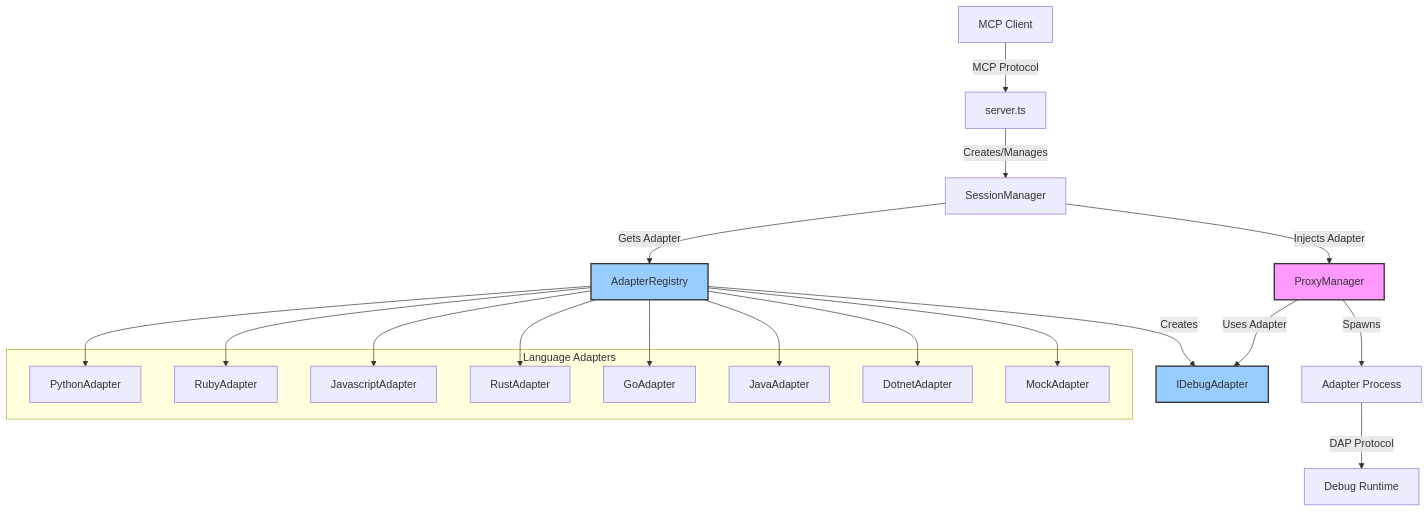
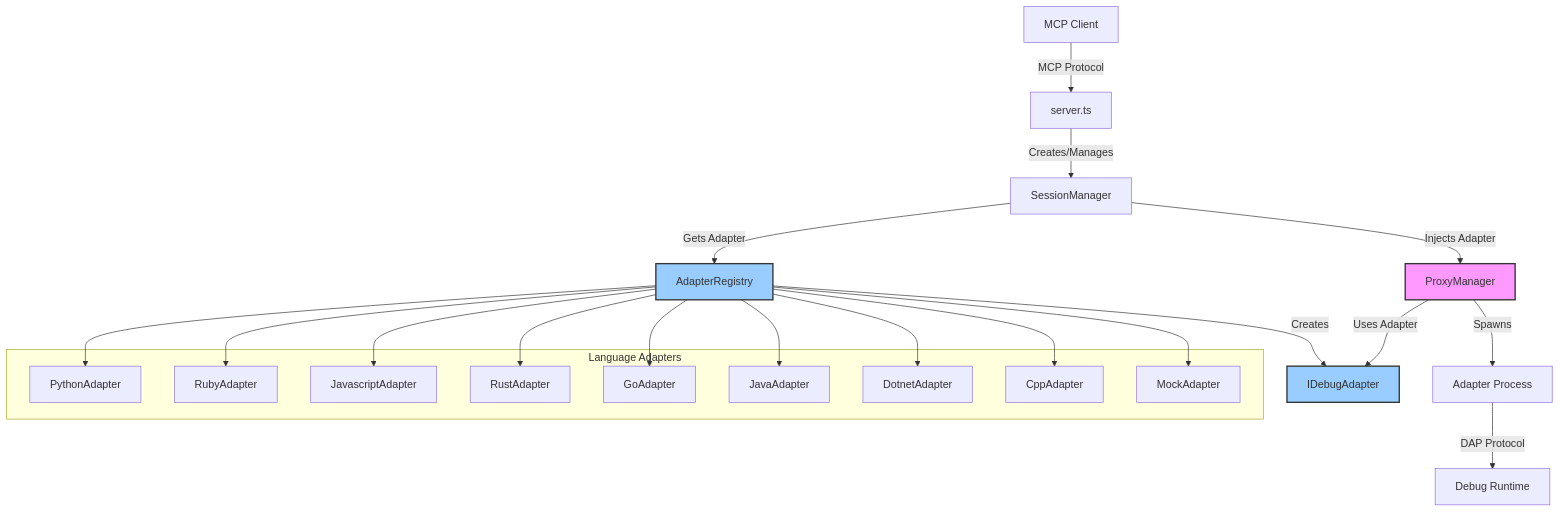
The first of 4 diagrams in docs/architecture/adapter-pattern-design.md (debugmcp/mcp-debugger), drawn with Mermaid before and after one commit. The commit also changed other lines of this file and 111 other files, not shown here.

````diff
--- a/docs/architecture/adapter-pattern-design.md
+++ b/docs/architecture/adapter-pattern-design.md
@@ -77,35 +77,37 @@
 ```mermaid
 graph TD
     Client[MCP Client] -->|MCP Protocol| Server[server.ts]
     Server -->|Creates/Manages| SM[SessionManager]
     SM -->|Gets Adapter| AR[AdapterRegistry]
     AR -->|Creates| AD[IDebugAdapter]
     SM -->|Injects Adapter| PM[ProxyManager]
     PM -->|Uses Adapter| AD
     PM -->|Spawns| AP[Adapter Process]
     AP -->|DAP Protocol| DP[Debug Runtime]
     
     subgraph "Language Adapters"
         PA[PythonAdapter]
         RBA[RubyAdapter]
         NA[JavascriptAdapter]
         RA[RustAdapter]
         GA[GoAdapter]
         JA[JavaAdapter]
         DA[DotnetAdapter]
+        CA[CppAdapter]
         MA[MockAdapter]
     end
 
     AR --> PA
     AR --> RBA
     AR --> NA
     AR --> RA
     AR --> GA
     AR --> JA
     AR --> DA
+    AR --> CA
     AR --> MA
     
     style AD fill:#9cf,stroke:#333,stroke-width:2px
     style AR fill:#9cf,stroke:#333,stroke-width:2px
     style PM fill:#f9f,stroke:#333,stroke-width:2px
 ```
````
